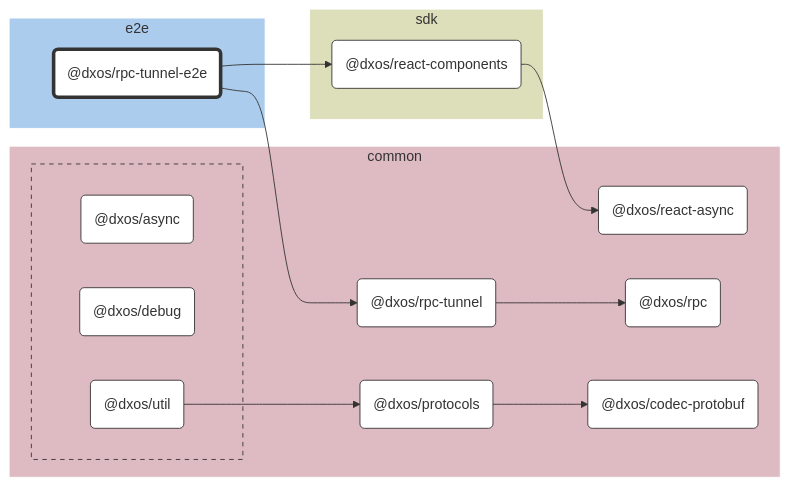
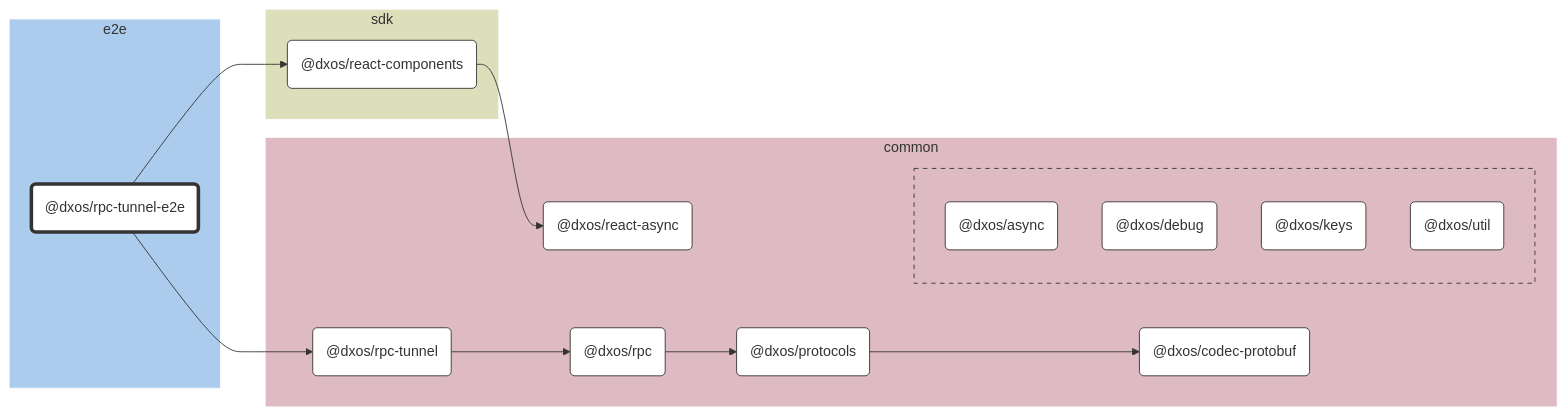
One commit to dxos/dxos changed the diagram in e2e/rpc-tunnel/docs/README.md. Above: the diagram before and after it, drawn with Mermaid. The commit also changed other lines of this file and 52 other files, not shown here.

````diff
--- a/e2e/rpc-tunnel/docs/README.md
+++ b/e2e/rpc-tunnel/docs/README.md
@@ -7,56 +7,58 @@
 ```mermaid
 %%{ init: {'flowchart':{'curve':'basis'}} }%%
 
 flowchart LR
 
 %% Classes
 classDef def fill:#fff,stroke:#333,stroke-width:1px
 classDef root fill:#fff,stroke:#333,stroke-width:4px
 
 %% Nodes
 
 subgraph e2e [e2e]
   style e2e fill:#abcced,stroke:#fff
   dxos/rpc-tunnel-e2e("@dxos/rpc-tunnel-e2e"):::root
   click dxos/rpc-tunnel-e2e "dxos/dxos/tree/main/e2e/rpc-tunnel/docs"
 end
 
 subgraph common [common]
   style common fill:#debac2,stroke:#fff
   dxos/codec-protobuf("@dxos/codec-protobuf"):::def
   click dxos/codec-protobuf "dxos/dxos/tree/main/packages/common/codec-protobuf/docs"
   dxos/protocols("@dxos/protocols"):::def
   click dxos/protocols "dxos/dxos/tree/main/packages/common/protocols/docs"
   dxos/react-async("@dxos/react-async"):::def
   click dxos/react-async "dxos/dxos/tree/main/packages/common/react-async/docs"
   dxos/rpc("@dxos/rpc"):::def
   click dxos/rpc "dxos/dxos/tree/main/packages/common/rpc/docs"
   dxos/rpc-tunnel("@dxos/rpc-tunnel"):::def
   click dxos/rpc-tunnel "dxos/dxos/tree/main/packages/common/rpc-tunnel/docs"
 
   subgraph common-excluded [ ]
     style common-excluded fill:#debac2,stroke:#333,stroke-dasharray:5 5
     dxos/async("@dxos/async"):::def
     click dxos/async "dxos/dxos/tree/main/packages/common/async/docs"
     dxos/debug("@dxos/debug"):::def
     click dxos/debug "dxos/dxos/tree/main/packages/common/debug/docs"
+    dxos/keys("@dxos/keys"):::def
+    click dxos/keys "dxos/dxos/tree/main/packages/common/keys/docs"
     dxos/util("@dxos/util"):::def
     click dxos/util "dxos/dxos/tree/main/packages/common/util/docs"
   end
 end
 
 subgraph sdk [sdk]
   style sdk fill:#dddeba,stroke:#fff
   dxos/react-components("@dxos/react-components"):::def
   click dxos/react-components "dxos/dxos/tree/main/packages/sdk/react-components/docs"
 end
 
 %% Links
 linkStyle default stroke:#333,stroke-width:1px
 dxos/protocols --> dxos/codec-protobuf
 dxos/rpc-tunnel-e2e --> dxos/react-components
 dxos/react-components --> dxos/react-async
-dxos/util --> dxos/protocols
+dxos/rpc --> dxos/protocols
 dxos/rpc-tunnel-e2e --> dxos/rpc-tunnel
 dxos/rpc-tunnel --> dxos/rpc
 ```
````
